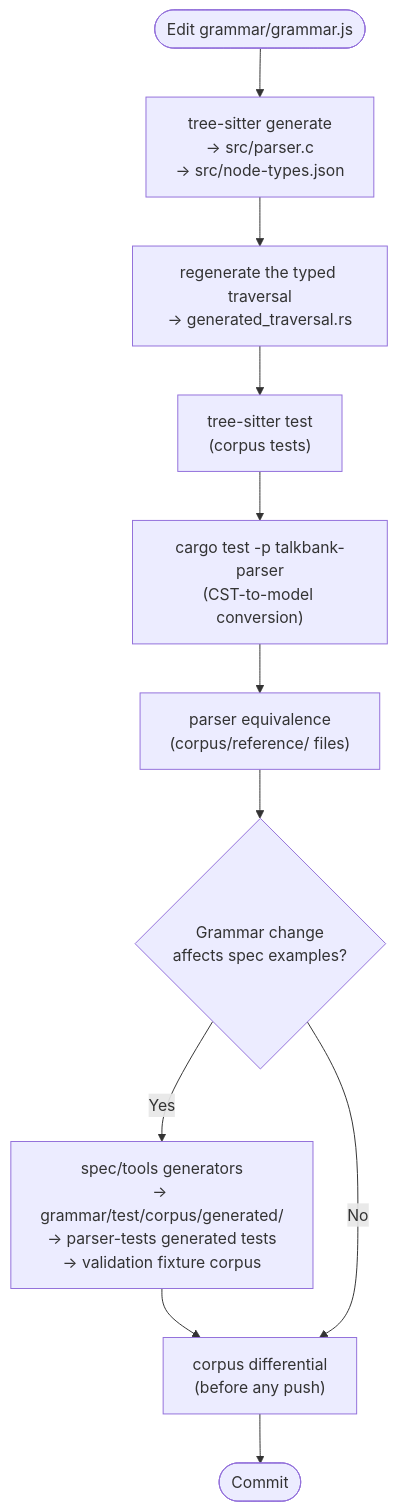
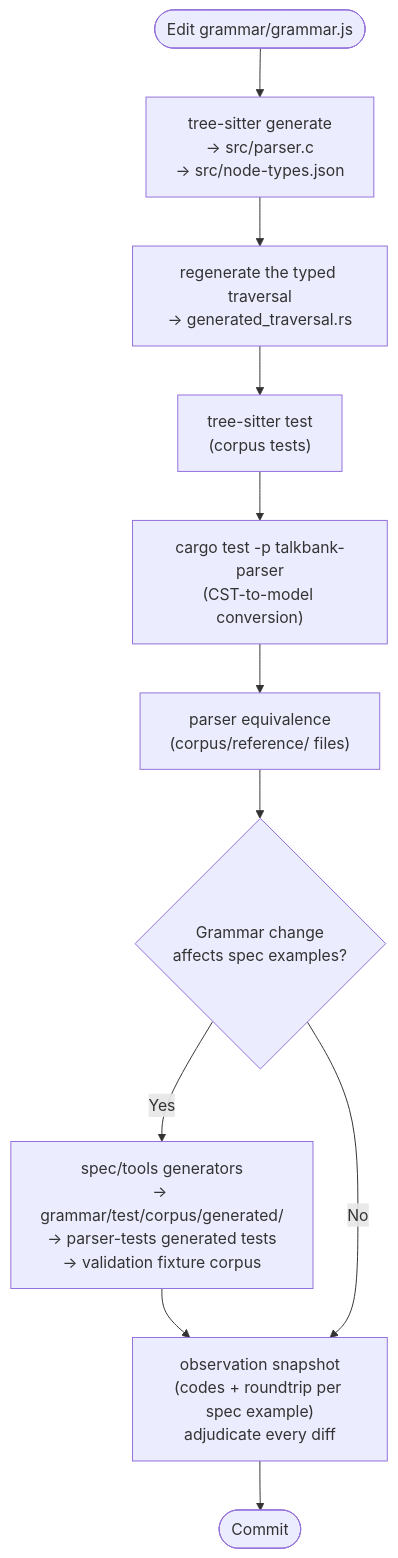
One commit to TalkBank/chatter changed the diagram in book/src/contributing/grammar-workflow.md. Above: the diagram before and after it, drawn with Mermaid. The commit also changed other lines of this file and 1267 other files, not shown here.

````diff
--- a/book/src/contributing/grammar-workflow.md
+++ b/book/src/contributing/grammar-workflow.md
@@ -11,18 +11,18 @@
 ```mermaid
 flowchart TD
     edit(["Edit grammar/grammar.js"])
     generate["tree-sitter generate\n→ src/parser.c\n→ src/node-types.json"]
     traversal["regenerate the typed traversal\n→ generated_traversal.rs"]
     grammar_test["tree-sitter test\n(corpus tests)"]
     rust_test["cargo test -p talkbank-parser\n(CST-to-model conversion)"]
     equiv["parser equivalence\n(corpus/reference/ files)"]
     spec_check{"Grammar change\naffects spec examples?"}
     test_gen["spec/tools generators\n→ grammar/test/corpus/generated/\n→ parser-tests generated tests\n→ validation fixture corpus"]
-    differential["corpus differential\n(before any push)"]
+    snapshot["observation snapshot\n(codes + roundtrip per spec example)\nadjudicate every diff"]
     commit(["Commit"])
 
     edit --> generate --> traversal --> grammar_test --> rust_test --> equiv --> spec_check
-    spec_check -->|Yes| test_gen --> differential
-    spec_check -->|No| differential
-    differential --> commit
+    spec_check -->|Yes| test_gen --> snapshot
+    spec_check -->|No| snapshot
+    snapshot --> commit
 ```
````
